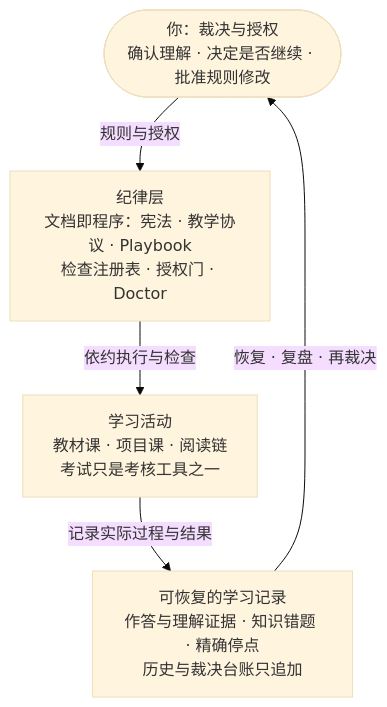
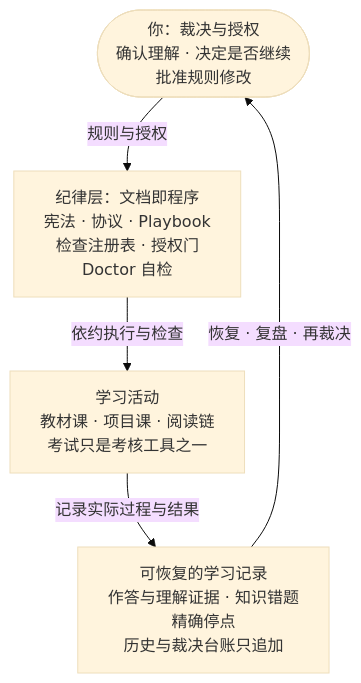
Before and after one commit to lungstrahv/T2AG: the first of 4 diagrams in README.md, drawn with Mermaid (base theme). The commit also changed other lines of this file, not shown here.

````diff
--- a/README.md
+++ b/README.md
@@ -33,12 +33,12 @@
 ```mermaid
 flowchart TB
-    learner(["你：裁决与授权<br/>确认理解 · 决定是否继续 · 批准规则修改"])
-    discipline["纪律层<br/>文档即程序：宪法 · 教学协议 · Playbook<br/>检查注册表 · 授权门 · Doctor"]
+    learner(["你：裁决与授权<br/>确认理解 · 决定是否继续<br/>批准规则修改"])
+    discipline["纪律层：文档即程序<br/>宪法 · 协议 · Playbook<br/>检查注册表 · 授权门<br/>Doctor 自检"]
     learning["学习活动<br/>教材课 · 项目课 · 阅读链<br/>考试只是考核工具之一"]
-    records["可恢复的学习记录<br/>作答与理解证据 · 知识错题 · 精确停点<br/>历史与裁决台账只追加"]
+    records["可恢复的学习记录<br/>作答与理解证据 · 知识错题<br/>精确停点<br/>历史与裁决台账只追加"]
 
     learner -->|规则与授权| discipline
     discipline -->|依约执行与检查| learning
     learning -->|记录实际过程与结果| records
     records -->|恢复 · 复盘 · 再裁决| learner
 ```
````
